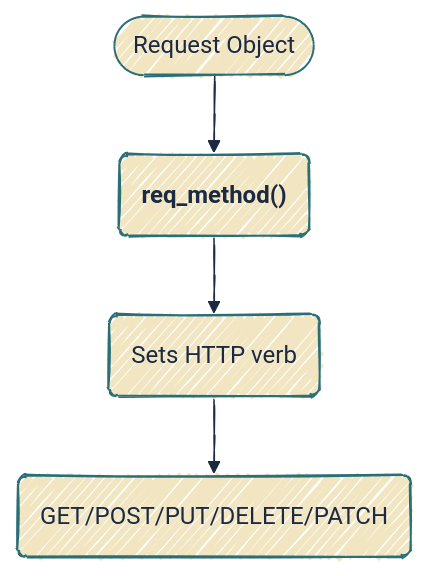
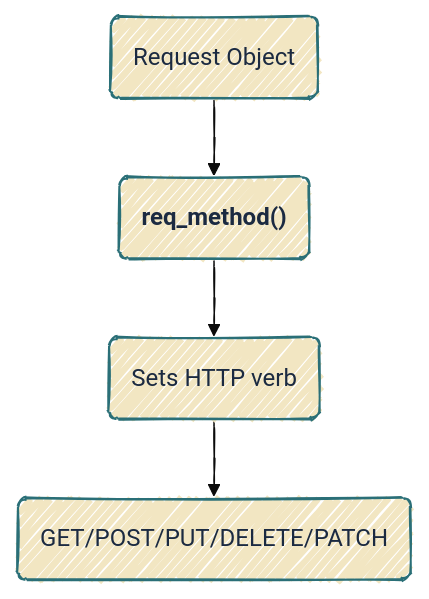
Before and after one commit to mjfrigaard/do4ds-labs: the second of 6 diagrams in r-app-api.qmd, drawn with Mermaid. The commit also changed other lines of this file and 37 other files, not shown here.

Commit message:
updates to mermaid

````diff
--- a/r-app-api.qmd
+++ b/r-app-api.qmd
@@ -280,12 +283,13 @@
 ```{mermaid}
 %%| fig-width: 6.5
 %%| fig-align: center
-%%{init: {'theme': 'base', 'look': 'handDrawn', 'themeVariables': { 'fontFamily': 'monospace', 'primaryColor': '#F2E6C2', 'primaryBorderColor': '#2A6F77', 'primaryTextColor': '#1B2A41', 'secondaryColor': '#d4e7e4', 'tertiaryColor': '#f5f0e4', 'lineColor': '#1B2A41', 'edgeLabelBackground': '#F2E6C2'}}}%%
+%%{init: {'theme': 'base', 'look': 'handDrawn', 'themeVariables': {'fontFamily': 'monospace'}}}%%
 
 graph TD
-	A(["Request Object"]) --> B("<strong>req_method()</strong>")
+	A("Request Object") --> B("<strong>req_method()</strong>")
 	B --> C("Sets HTTP verb")
 	C --> D("GET/POST/PUT/DELETE/PATCH")
+    classDef default fill:#F2E6C2,stroke:#2A6F77,color:#1B2A41
 
 
 ```
````
